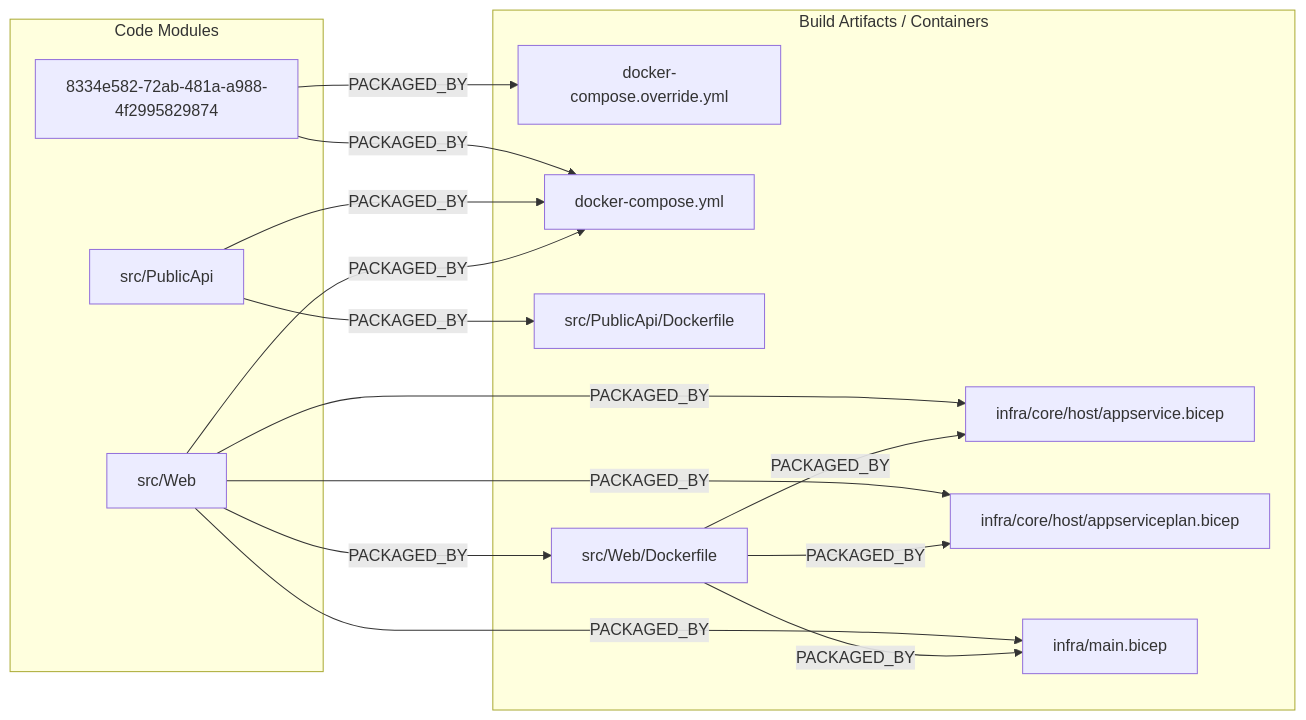
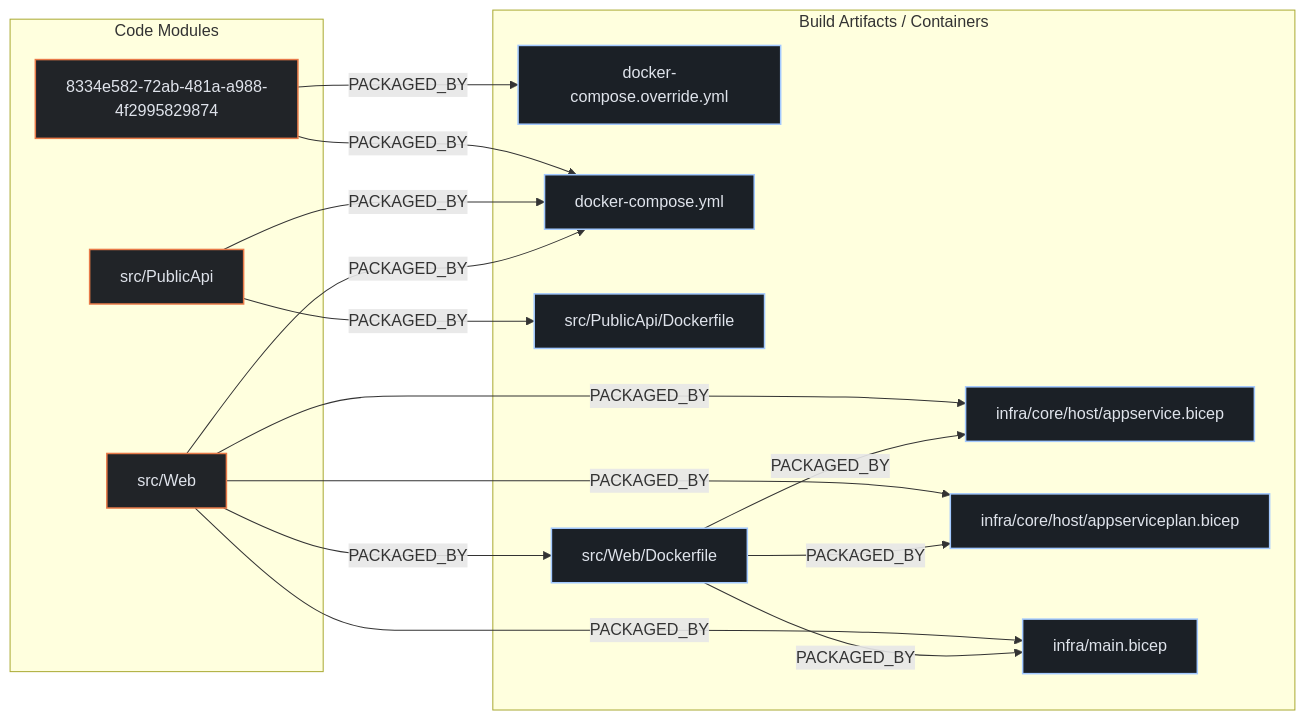
One commit to kumarshaz/atruss-code-atlas changed the second of 3 diagrams in exports/latest/reports/dotnet-architecture-eShopOnWeb-report.md. Above: the diagram before and after it, drawn with Mermaid. The commit also changed other lines of this file and 331 other files, not shown here.

Commit message:
docs,ui,fix: update SDLC docs, reorder CI/CD DAG first, stylize Mermaid, and fix Arc42 pipeline topology

````diff
--- a/exports/latest/reports/dotnet-architecture-eShopOnWeb-report.md
+++ b/exports/latest/reports/dotnet-architecture-eShopOnWeb-report.md
@@ -166,29 +173,33 @@
 ```mermaid
 flowchart LR
+    classDef atlasCategory fill:#212428,stroke:#E87A48,stroke-width:1.5px,color:#dfe3eb
+    classDef atlasWorkflow fill:#1b2026,stroke:#a3c9ff,stroke-width:1.5px,color:#dfe3eb
+    classDef atlasJob fill:#171c22,stroke:#8d9199,stroke-width:1px,color:#dfe3eb
+    classDef atlasTarget fill:#005227,stroke:#8bd99b,stroke-width:1.5px,color:#a7f6b6
     subgraph code_modules["Code Modules"]
-        mod_8334e582_72ab_481a_a988_4f2995829874["8334e582-72ab-481a-a988-4f2995829874"]
-        mod_src_PublicApi["src/PublicApi"]
-        mod_src_Web["src/Web"]
+        mod_8334e582_72ab_481a_a988_4f2995829874["8334e582-72ab-481a-a988-4f2995829874"]:::atlasCategory
+        mod_src_PublicApi["src/PublicApi"]:::atlasCategory
+        mod_src_Web["src/Web"]:::atlasCategory
     end
     subgraph build_artifacts["Build Artifacts / Containers"]
-        art_docker_compose_override_yml["docker-compose.override.yml"]
-        art_docker_compose_yml["docker-compose.yml"]
-        art_infra_core_host_appservice_bicep["infra/core/host/appservice.bicep"]
-        art_infra_core_host_appserviceplan_bicep["infra/core/host/appserviceplan.bicep"]
-        art_infra_main_bicep["infra/main.bicep"]
-        art_src_PublicApi_Dockerfile["src/PublicApi/Dockerfile"]
-        art_src_Web_Dockerfile["src/Web/Dockerfile"]
+        art_docker_compose_override_yml["docker-compose.override.yml"]:::atlasWorkflow
+        art_docker_compose_yml["docker-compose.yml"]:::atlasWorkflow
+        art_infra_core_host_appservice_bicep["infra/core/host/appservice.bicep"]:::atlasWorkflow
+        art_infra_core_host_appserviceplan_bicep["infra/core/host/appserviceplan.bicep"]:::atlasWorkflow
+        art_infra_main_bicep["infra/main.bicep"]:::atlasWorkflow
+        art_src_PublicApi_Dockerfile["src/PublicApi/Dockerfile"]:::atlasWorkflow
+        art_src_Web_Dockerfile["src/Web/Dockerfile"]:::atlasWorkflow
     end
     mod_8334e582_72ab_481a_a988_4f2995829874 -->|PACKAGED_BY| art_docker_compose_override_yml
     mod_8334e582_72ab_481a_a988_4f2995829874 -->|PACKAGED_BY| art_docker_compose_yml
     mod_src_PublicApi -->|PACKAGED_BY| art_docker_compose_yml
     mod_src_PublicApi -->|PACKAGED_BY| art_src_PublicApi_Dockerfile
     mod_src_Web -->|PACKAGED_BY| art_docker_compose_yml
     mod_src_Web -->|PACKAGED_BY| art_src_Web_Dockerfile
     mod_src_Web -->|PACKAGED_BY| art_infra_core_host_appservice_bicep
     mod_src_Web -->|PACKAGED_BY| art_infra_core_host_appserviceplan_bicep
     mod_src_Web -->|PACKAGED_BY| art_infra_main_bicep
     art_src_Web_Dockerfile -->|PACKAGED_BY| art_infra_core_host_appservice_bicep
     art_src_Web_Dockerfile -->|PACKAGED_BY| art_infra_core_host_appserviceplan_bicep
     art_src_Web_Dockerfile -->|PACKAGED_BY| art_infra_main_bicep
 ```
````
